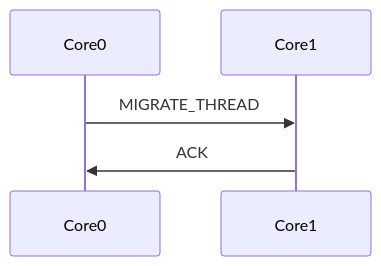
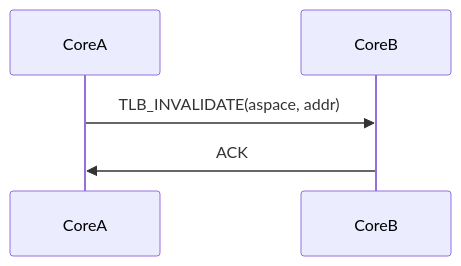
Before and after one commit to CloudCarpentry/Bharat-OS: the seventh of 8 diagrams in docs/architecture/kernel/process_thread.md, drawn with Mermaid. The commit also changed other lines of this file and 3 other files, not shown here.

Commit message:
docs: update architecture for true multikernel distributed state

````diff
--- a/docs/architecture/kernel/process_thread.md
+++ b/docs/architecture/kernel/process_thread.md
@@ -295,8 +199,8 @@
 ```mermaid
 sequenceDiagram
-    participant Core0
-    participant Core1
+    participant CoreA
+    participant CoreB
 
-    Core0->>Core1: MIGRATE_THREAD
-    Core1->>Core0: ACK
+    CoreA->>CoreB: TLB_INVALIDATE(aspace, addr)
+    CoreB->>CoreA: ACK
 ```
````
